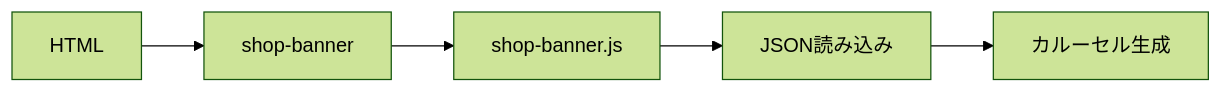
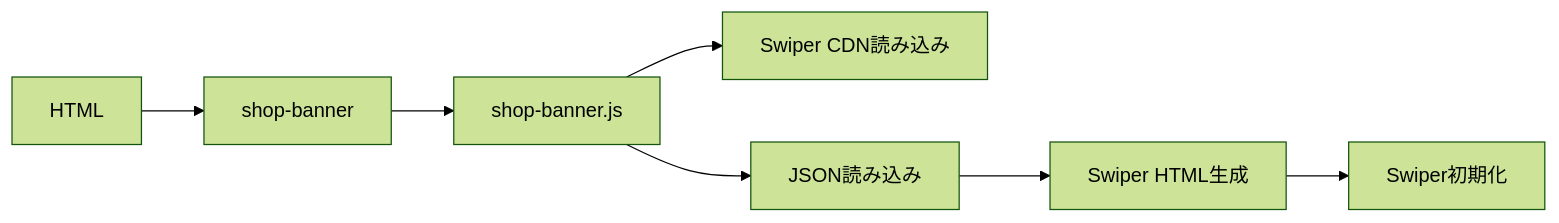
Before and after one commit to vibe-coding-world/musekinin-recipe-chapdaddy: the first of 6 diagrams in docs/設計_下部ECカルーセル.md, drawn with Mermaid (forest theme). The commit also changed other lines of this file and 3 other files, not shown here.

````diff
--- a/docs/設計_下部ECカルーセル.md
+++ b/docs/設計_下部ECカルーセル.md
@@ -7,7 +7,9 @@
 ```mermaid
 flowchart LR
   A[HTML] --> B[shop-banner]
   B --> C[shop-banner.js]
-  C --> D[JSON読み込み]
-  D --> E[カルーセル生成]
+  C --> D[Swiper CDN読み込み]
+  C --> E[JSON読み込み]
+  E --> F[Swiper HTML生成]
+  F --> G[Swiper初期化]
 ```
````
